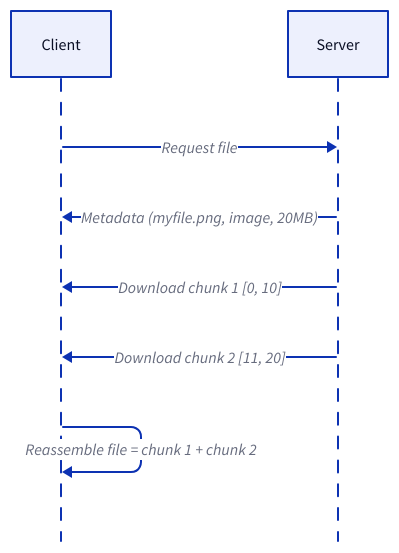
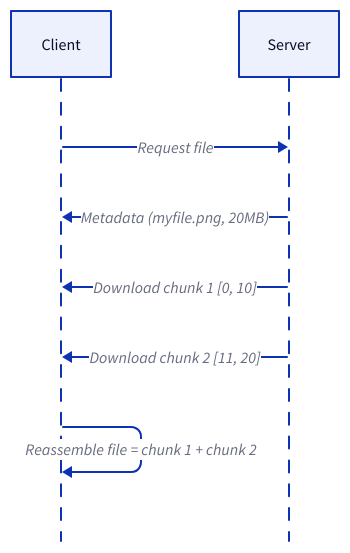
Before and after one commit to link1905/system-design-101: the second of 4 diagrams in content/docs/web-service/api-design/api-pagination.md, drawn with D2. The commit also changed other lines of this file and 31 other files, not shown here.

````diff
--- a/content/docs/web-service/api-design/api-pagination.md
+++ b/content/docs/web-service/api-design/api-pagination.md
@@ -37,15 +45,15 @@
 ```d2
 shape: sequence_diagram
 c: Client {
     class: client
 }
 s: Server {
     class: server
 }
 
 c -> s: Request file
-s -> c: "Metadata (myfile.png, image, 20MB)"
+s -> c: "Metadata (myfile.png, 20MB)"
 c <- s: "Download chunk 1 [0, 10]"
 c <- s: "Download chunk 2 [11, 20]"
 c -> c: "Reassemble file = chunk 1 + chunk 2"
 ```
````
